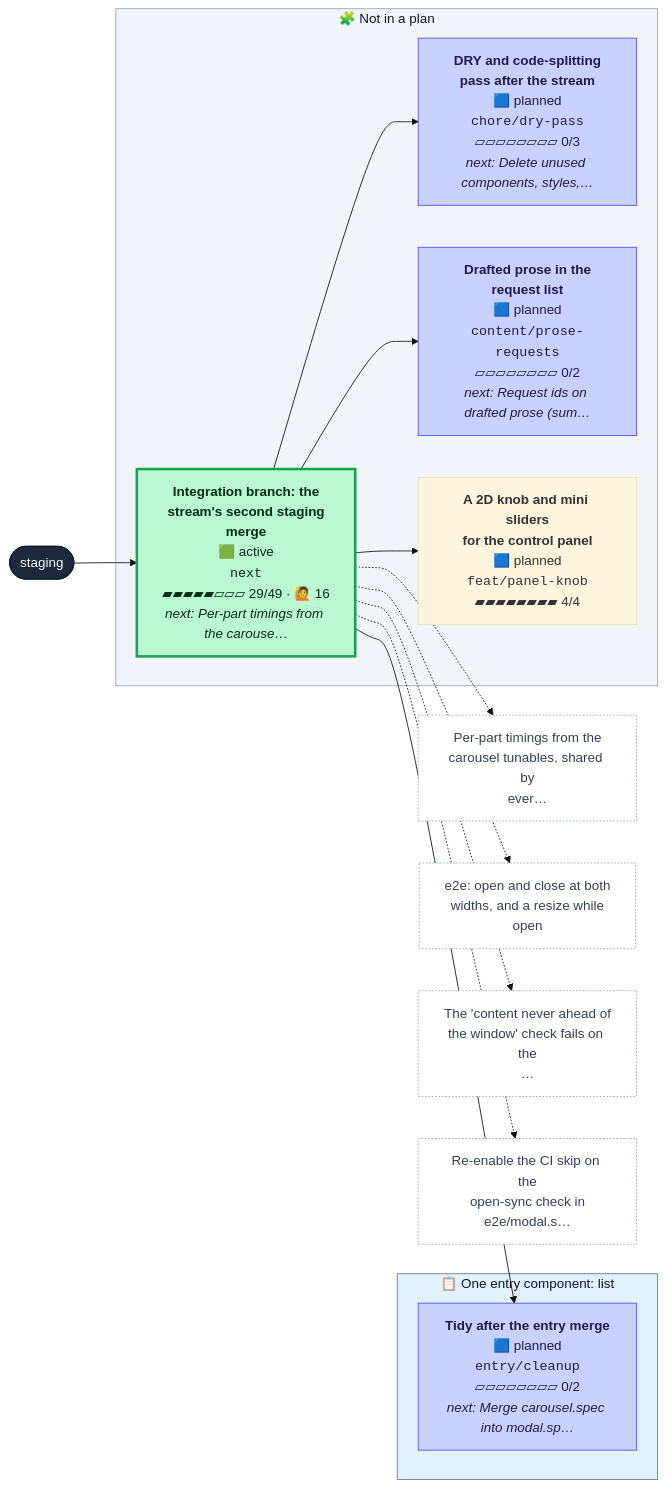
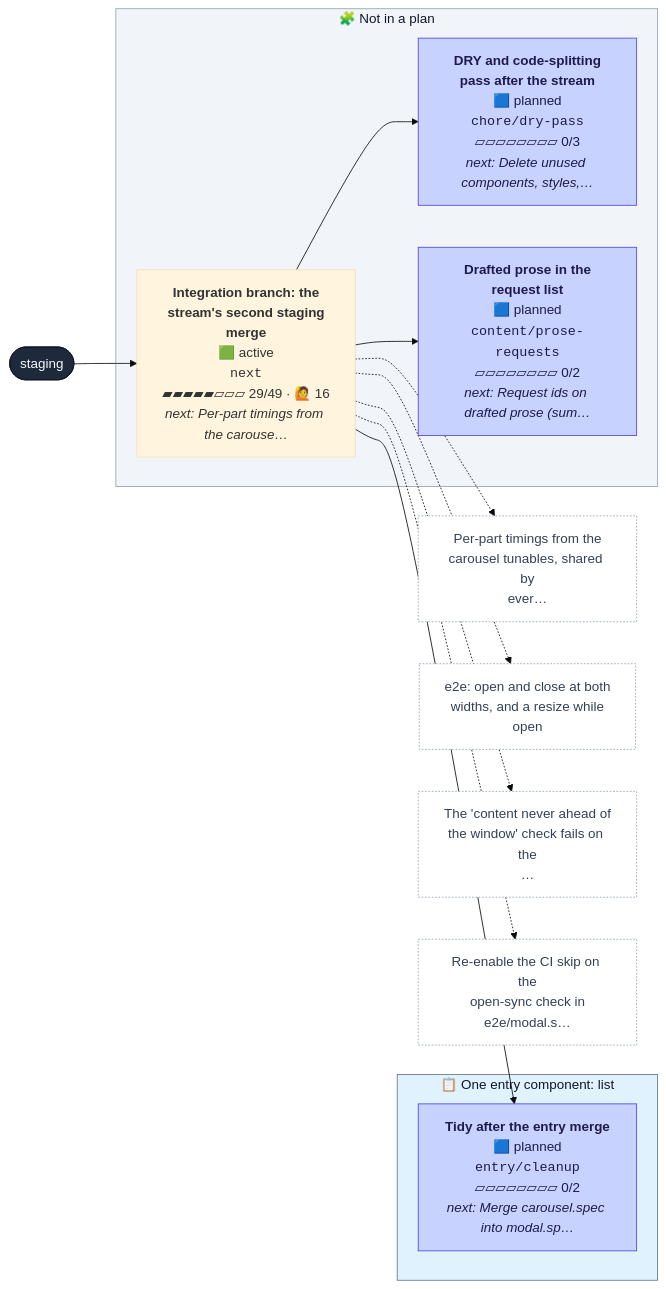
The first of 2 diagrams in CONTRIBUTING.md (henryjonescodes/portfolio), drawn with Mermaid (base theme) before and after one commit. The commit also changed other lines of this file and 1 other file, not shown here.

````diff
--- a/CONTRIBUTING.md
+++ b/CONTRIBUTING.md
@@ -16,47 +16,44 @@
 ```mermaid
 flowchart LR
   n_staging([staging])
   class n_staging trunk
   subgraph plan_0["📋 One entry component: list"]
     n_entry_cleanup["<b>Tidy after the entry merge</b><br/>🟦 planned<br/><code>entry/cleanup</code><br/>▱▱▱▱▱▱▱▱ 0/2<br/><i>next: Merge carousel.spec into modal.sp…</i>"]
     class n_entry_cleanup planned
   end
   style plan_0 fill:#e0f2fe,stroke:#64748b,color:#0f172a
   subgraph loose["🧩 Not in a plan"]
     n_chore_dry_pass["<b>DRY and code-splitting<br/>pass after the stream</b><br/>🟦 planned<br/><code>chore/dry-pass</code><br/>▱▱▱▱▱▱▱▱ 0/3<br/><i>next: Delete unused components, styles,…</i>"]
     class n_chore_dry_pass planned
     n_content_prose_requests["<b>Drafted prose in the<br/>request list</b><br/>🟦 planned<br/><code>content/prose-requests</code><br/>▱▱▱▱▱▱▱▱ 0/2<br/><i>next: Request ids on drafted prose (sum…</i>"]
     class n_content_prose_requests planned
-    n_feat_panel_knob["<b>A 2D knob and mini sliders<br/>for the control panel</b><br/>🟦 planned<br/><code>feat/panel-knob</code><br/>▰▰▰▰▰▰▰▰ 4/4"]
-    class n_feat_panel_knob planned,current
     n_next["<b>Integration branch: the<br/>stream's second staging<br/>merge</b><br/>🟩 active<br/><code>next</code><br/>▰▰▰▰▰▱▱▱ 29/49 · 🙋 16<br/><i>next: Per-part timings from the carouse…</i>"]
-    class n_next active
+    class n_next active,current
   end
   style loose fill:#f1f5f9,stroke:#94a3b8,color:#0f172a
   n_next --> n_chore_dry_pass
   n_next --> n_content_prose_requests
   n_next --> n_entry_cleanup
-  n_next --> n_feat_panel_knob
   n_staging --> n_next
   n_next_t0["Per-part timings from the<br/>carousel tunables, shared by<br/>ever…"]
   class n_next_t0 todo
   n_next -.-> n_next_t0
   n_next_t1["e2e: open and close at both<br/>widths, and a resize while<br/>open"]
   class n_next_t1 todo
   n_next -.-> n_next_t1
   n_next_t2["The 'content never ahead of<br/>the window' check fails on the<br/>…"]
   class n_next_t2 todo
   n_next -.-> n_next_t2
   n_next_t3["Re-enable the CI skip on the<br/>open-sync check in<br/>e2e/modal.s…"]
   class n_next_t3 todo
   n_next -.-> n_next_t3
   classDef merged fill:#dcfce7,stroke:#16a34a,color:#052e16
   classDef todo fill:#ffffff,stroke:#94a3b8,stroke-dasharray:2 2,color:#334155
   classDef planned fill:#c7d2fe,stroke:#4f46e5,color:#1e1b4b
   classDef sketched fill:#f8fafc,stroke:#64748b,stroke-dasharray:4 3,color:#334155
   classDef active fill:#bbf7d0,stroke:#16a34a,stroke-width:3px,color:#052e16
   classDef review fill:#fde68a,stroke:#d97706,stroke-width:3px,color:#451a03
   classDef blocked fill:#fecaca,stroke:#dc2626,stroke-width:3px,color:#450a0a
   classDef trunk fill:#1e293b,stroke:#0f172a,color:#f8fafc
   classDef current stroke:#0ea5e9,stroke-width:5px
 ```
````
